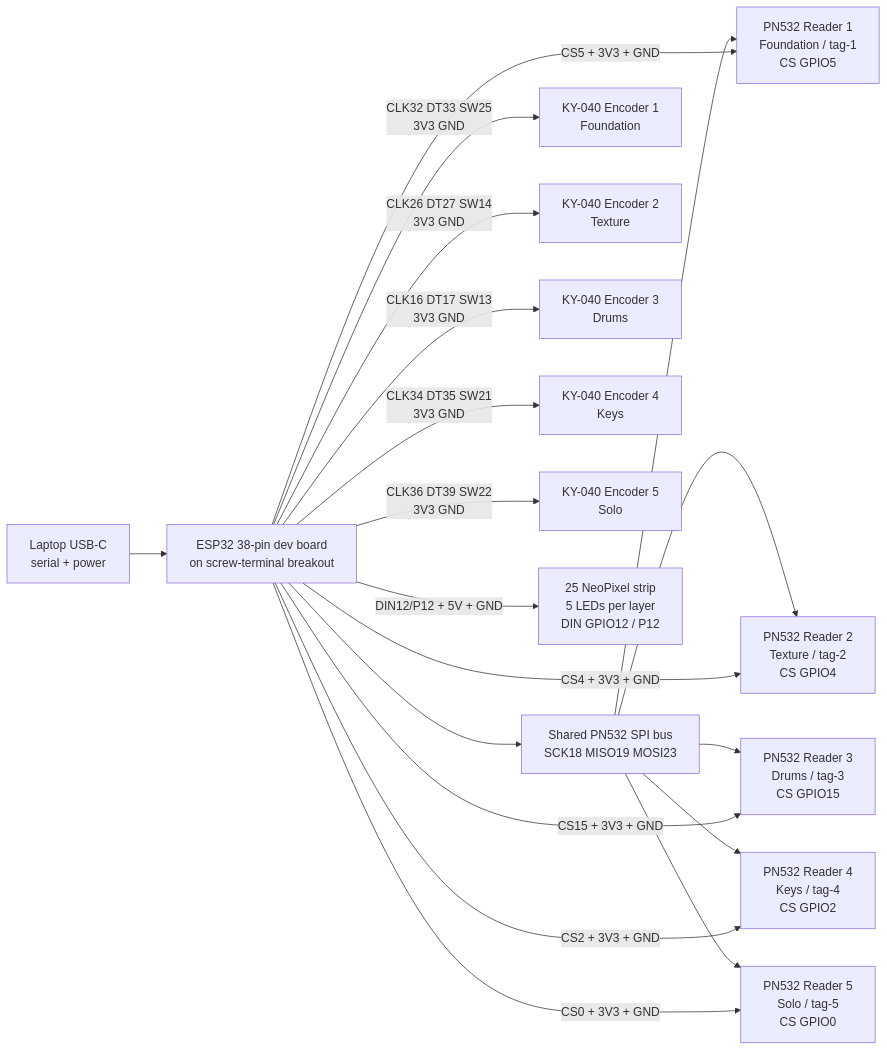
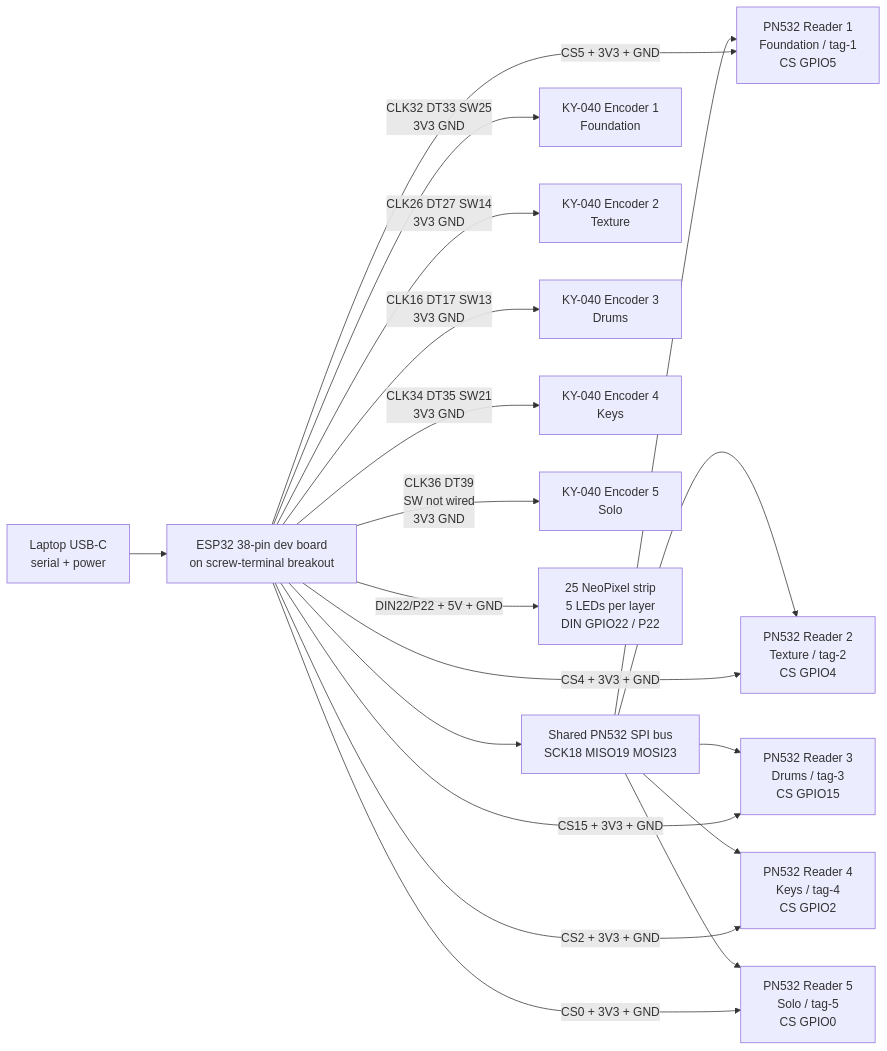
The diagram in current/docs/hardware-wiring.md (adiind/dpi-layered-music-maker), drawn with Mermaid before and after one commit. The commit also changed other lines of this file and 8 other files, not shown here.

````diff
--- a/current/docs/hardware-wiring.md
+++ b/current/docs/hardware-wiring.md
@@ -59,36 +59,36 @@
 ```mermaid
 flowchart LR
   ESP["ESP32 38-pin dev board<br/>on screw-terminal breakout"]
   USB["Laptop USB-C<br/>serial + power"]
   BUS["Shared PN532 SPI bus<br/>SCK18 MISO19 MOSI23"]
   R1["PN532 Reader 1<br/>Foundation / tag-1<br/>CS GPIO5"]
   R2["PN532 Reader 2<br/>Texture / tag-2<br/>CS GPIO4"]
   R3["PN532 Reader 3<br/>Drums / tag-3<br/>CS GPIO15"]
   R4["PN532 Reader 4<br/>Keys / tag-4<br/>CS GPIO2"]
   R5["PN532 Reader 5<br/>Solo / tag-5<br/>CS GPIO0"]
   E1["KY-040 Encoder 1<br/>Foundation"]
   E2["KY-040 Encoder 2<br/>Texture"]
   E3["KY-040 Encoder 3<br/>Drums"]
   E4["KY-040 Encoder 4<br/>Keys"]
   E5["KY-040 Encoder 5<br/>Solo"]
-  LED["25 NeoPixel strip<br/>5 LEDs per layer<br/>DIN GPIO12 / P12"]
+  LED["25 NeoPixel strip<br/>5 LEDs per layer<br/>DIN GPIO22 / P22"]
 
   USB --> ESP
   ESP --> BUS
   BUS --> R1
   BUS --> R2
   BUS --> R3
   BUS --> R4
   BUS --> R5
   ESP -- "CS5 + 3V3 + GND" --> R1
   ESP -- "CS4 + 3V3 + GND" --> R2
   ESP -- "CS15 + 3V3 + GND" --> R3
   ESP -- "CS2 + 3V3 + GND" --> R4
   ESP -- "CS0 + 3V3 + GND" --> R5
   ESP -- "CLK32 DT33 SW25<br/>3V3 GND" --> E1
   ESP -- "CLK26 DT27 SW14<br/>3V3 GND" --> E2
   ESP -- "CLK16 DT17 SW13<br/>3V3 GND" --> E3
   ESP -- "CLK34 DT35 SW21<br/>3V3 GND" --> E4
-  ESP -- "CLK36 DT39 SW22<br/>3V3 GND" --> E5
-  ESP -- "DIN12/P12 + 5V + GND" --> LED
+  ESP -- "CLK36 DT39<br/>SW not wired<br/>3V3 GND" --> E5
+  ESP -- "DIN22/P22 + 5V + GND" --> LED
 ```
````
